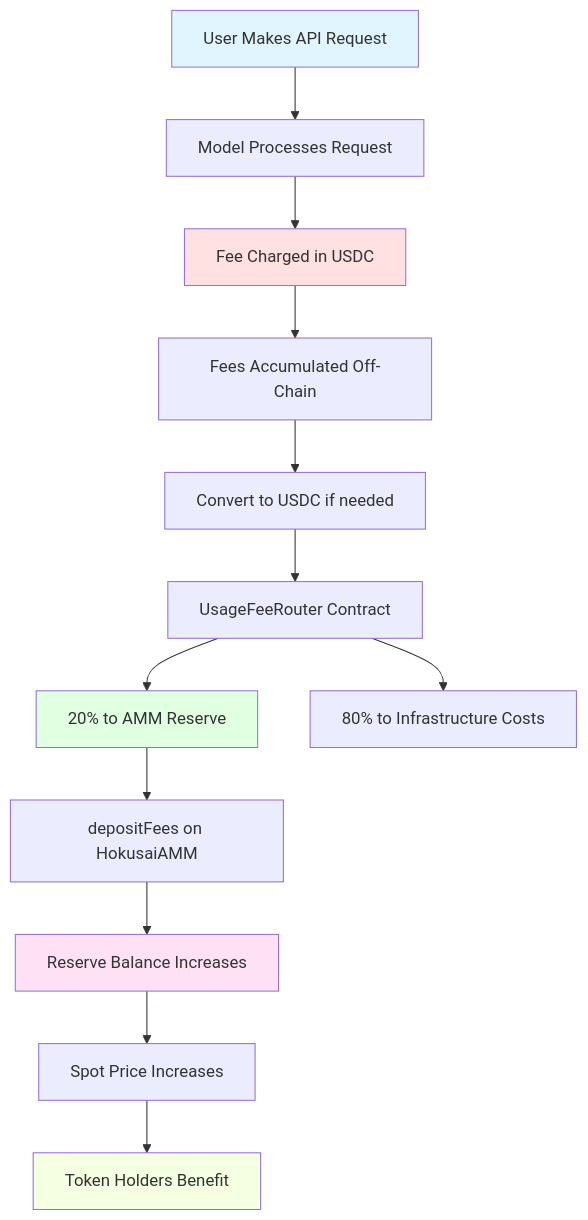
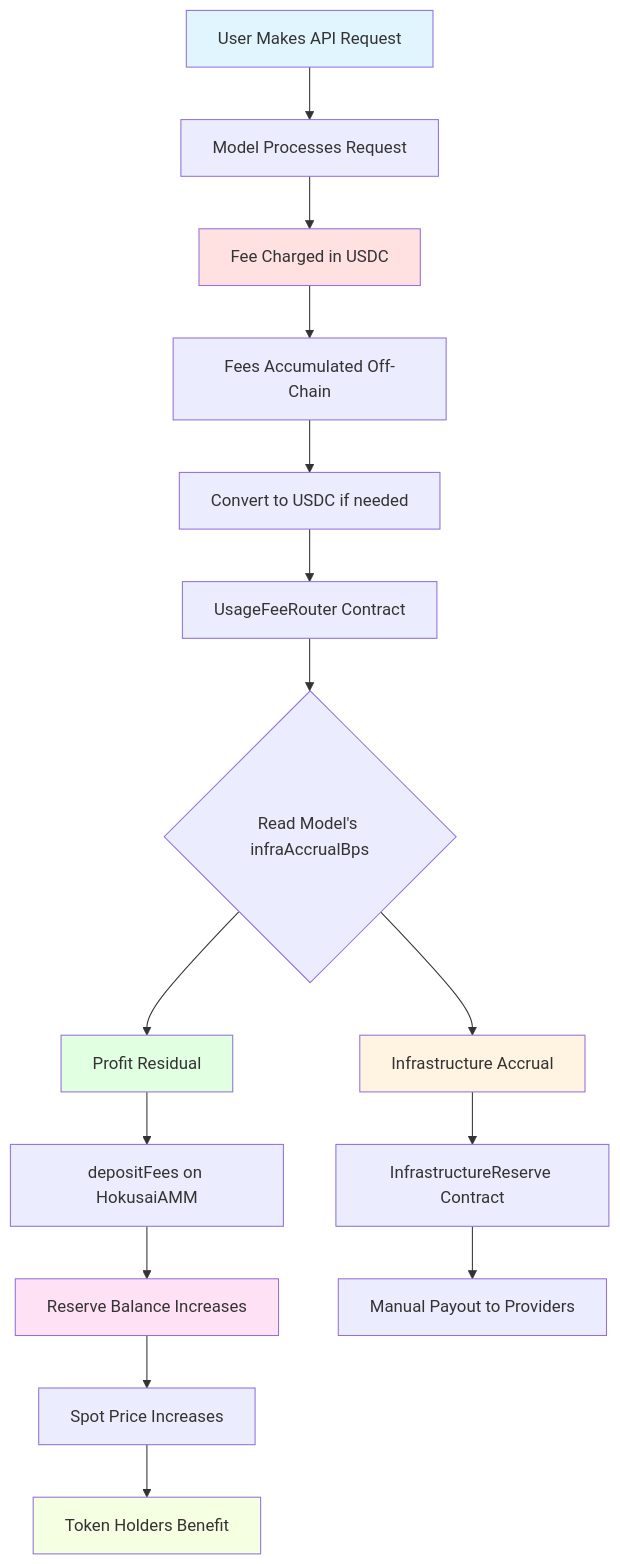
The diagram in docs/docs/tokenomics/api-fee-flow.md (Hokusai-protocol/hokusai-docs), drawn with Mermaid before and after one commit. The commit also changed other lines of this file and 10 other files, not shown here.

First line of the commit message:
Update docs for per-model infrastructure cost accrual system

````diff
--- a/docs/docs/tokenomics/api-fee-flow.md
+++ b/docs/docs/tokenomics/api-fee-flow.md
@@ -15,20 +24,24 @@
 ```mermaid
 graph TB
     A[User Makes API Request] --> B[Model Processes Request]
     B --> C[Fee Charged in USDC]
     C --> D[Fees Accumulated Off-Chain]
     D --> E[Convert to USDC if needed]
     E --> F[UsageFeeRouter Contract]
-    F --> G[20% to AMM Reserve]
-    F --> H[80% to Infrastructure Costs]
-    G --> J[depositFees on HokusaiAMM]
-    J --> K[Reserve Balance Increases]
-    K --> L[Spot Price Increases]
-    L --> M[Token Holders Benefit]
+    F --> G{Read Model's infraAccrualBps}
+    G --> H[Infrastructure Accrual]
+    G --> I[Profit Residual]
+    H --> J[InfrastructureReserve Contract]
+    I --> K[depositFees on HokusaiAMM]
+    K --> L[Reserve Balance Increases]
+    L --> M[Spot Price Increases]
+    M --> N[Token Holders Benefit]
+    J --> O[Manual Payout to Providers]
 
     style A fill:#e1f5ff
     style C fill:#ffe1e1
-    style G fill:#e1ffe1
-    style K fill:#ffe1f5
-    style M fill:#f5ffe1
+    style H fill:#fff3e1
+    style I fill:#e1ffe1
+    style L fill:#ffe1f5
+    style N fill:#f5ffe1
 ```
````
